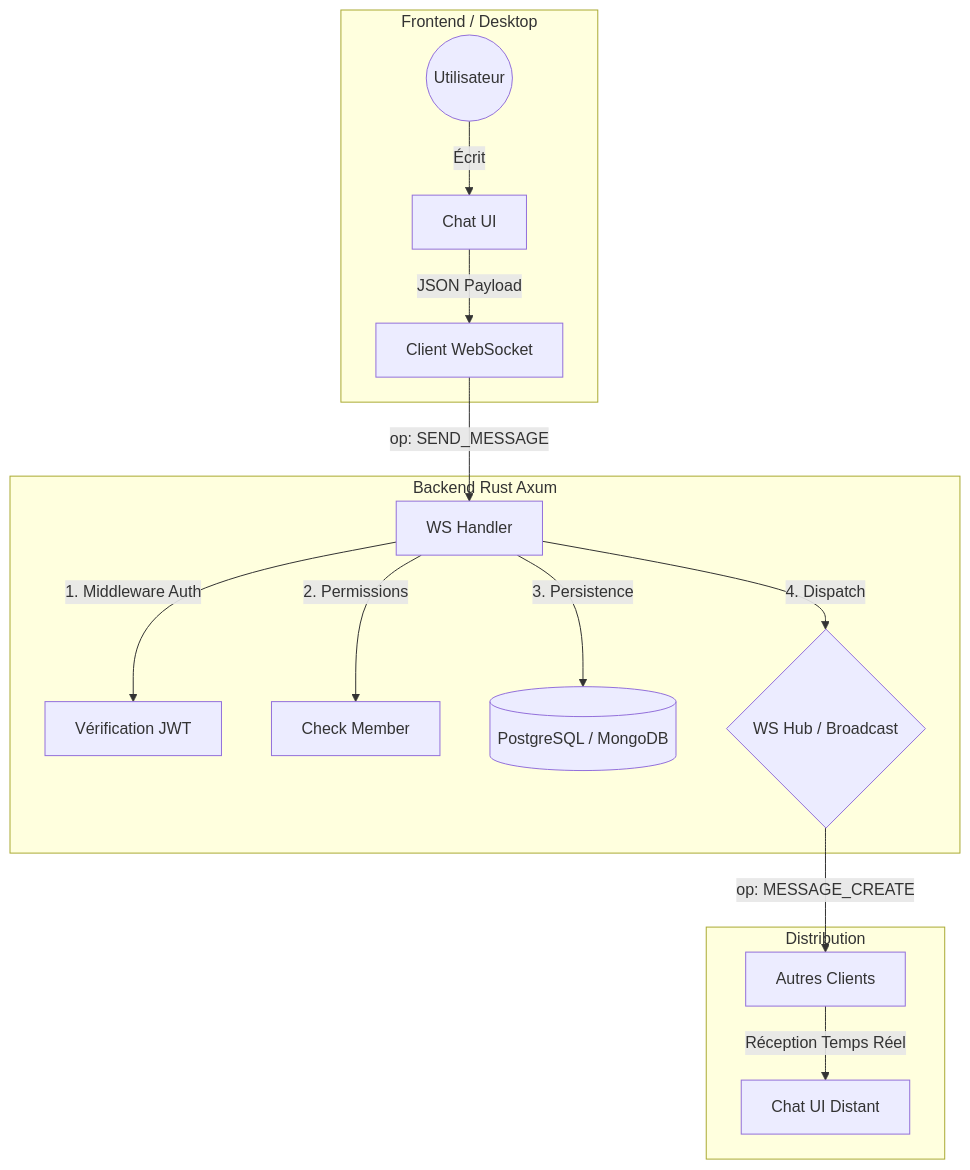
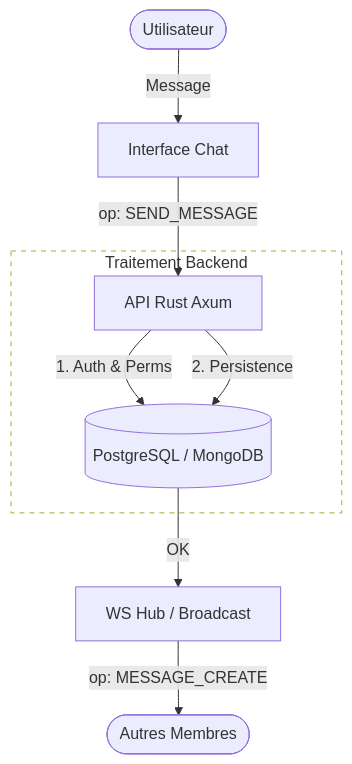
The second of 4 diagrams in README.md (florian-billon/voisins-connect), drawn with Mermaid before and after one commit. The commit also changed other lines of this file, not shown here.

Commit message:
docs: beautify CI/CD and WebSocket diagrams with cleaner layouts

````diff
--- a/README.md
+++ b/README.md
@@ -330,20 +330,25 @@
 ```mermaid
-graph TD
-    subgraph Client [Frontend / Desktop]
-        U((Utilisateur)) -->|"Écrit"| UI[Chat UI]
-        UI -->|"JSON Payload"| WS_C[Client WebSocket]
+flowchart TD
+    %% Nodes
+    User([Utilisateur])
+    App[Interface Chat]
+    Server[API Rust Axum]
+    DB[(PostgreSQL / MongoDB)]
+    Hub[WS Hub / Broadcast]
+    Peers([Autres Membres])
+
+    %% Flow
+    User -- Message --> App
+    App -- op: SEND_MESSAGE --> Server
+    
+    subgraph Logic [Traitement Backend]
+        Server -- 1. Auth & Perms --> DB
+        Server -- 2. Persistence --> DB
     end
+    
+    DB -- OK --> Hub
+    Hub -- op: MESSAGE_CREATE --> Peers
 
-    subgraph Server [Backend Rust Axum]
-        WS_C -->|"op: SEND_MESSAGE"| WS_S[WS Handler]
-        WS_S -->|"1. Middleware Auth"| Auth[Vérification JWT]
-        WS_S -->|"2. Permissions"| Perm[Check Member]
-        WS_S -->|"3. Persistence"| DB[(PostgreSQL / MongoDB)]
-        WS_S -->|"4. Dispatch"| Hub{WS Hub / Broadcast}
-    end
-
-    subgraph Outreach [Distribution]
-        Hub -->|"op: MESSAGE_CREATE"| WS_O[Autres Clients]
-        WS_O -->|"Réception Temps Réel"| UI_O[Chat UI Distant]
-    end
+    %% Styling
+    style Logic fill:transparent,stroke-dasharray: 5 5
 ```
````
